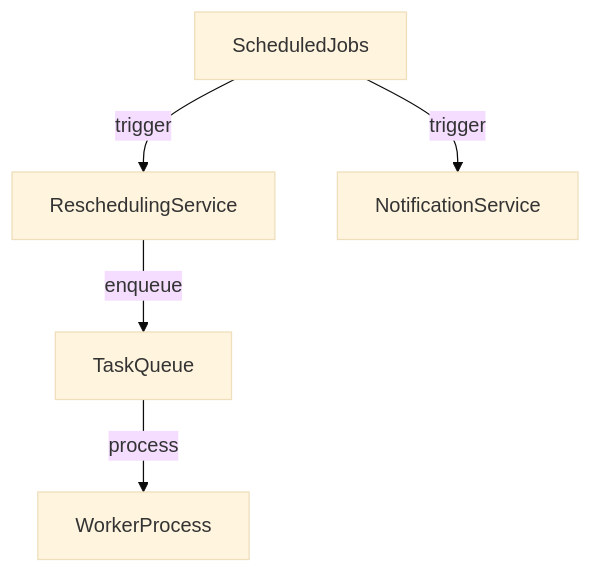
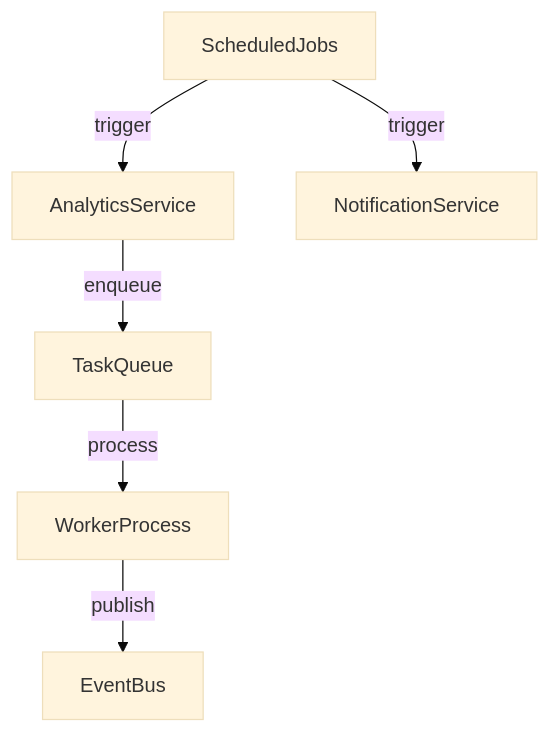
One commit to NowatariSoma/tomosigoto_nou_system changed diagram 18 of 18 in 設計書/05_アプリケーション層.md. Above: the diagram before and after it, drawn with Mermaid (base theme). The commit also changed other lines of this file and 12 other files, not shown here.

````diff
--- a/設計書/05_アプリケーション層.md
+++ b/設計書/05_アプリケーション層.md
@@ -519,7 +565,8 @@
 ```mermaid
 graph TD
-    J[ScheduledJobs] -->|trigger| R[ReschedulingService]
+    J[ScheduledJobs] -->|trigger| A[AnalyticsService]
     J -->|trigger| N[NotificationService]
-    R -->|enqueue| Q[TaskQueue]
+    A -->|enqueue| Q[TaskQueue]
     Q -->|process| W[WorkerProcess]
+    W -->|publish| E[EventBus]
 ```
````
